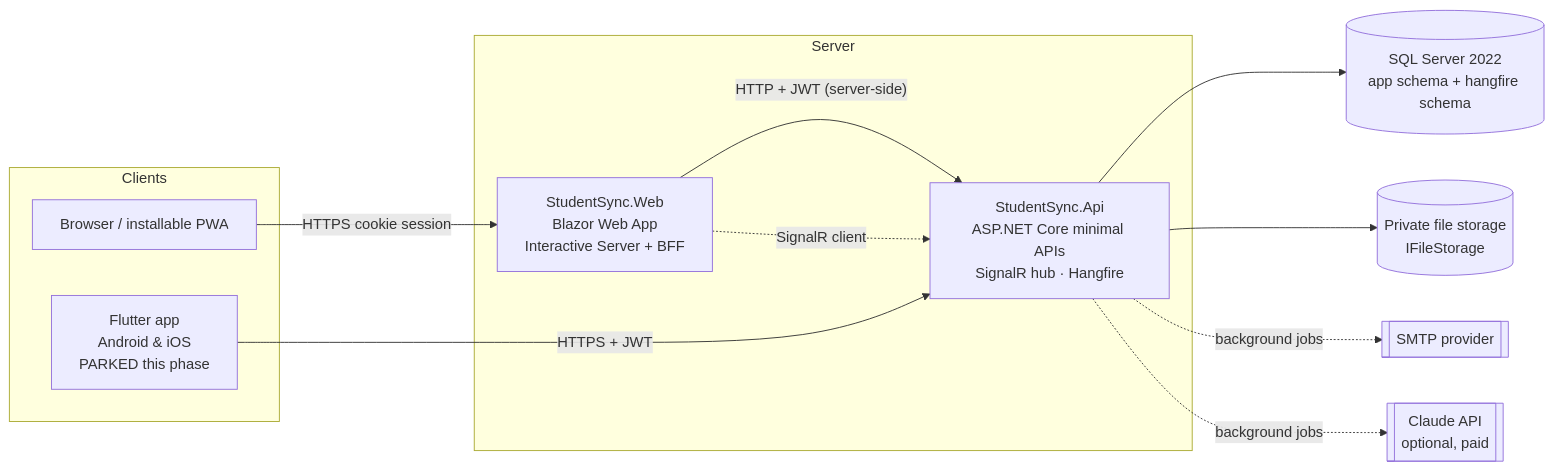
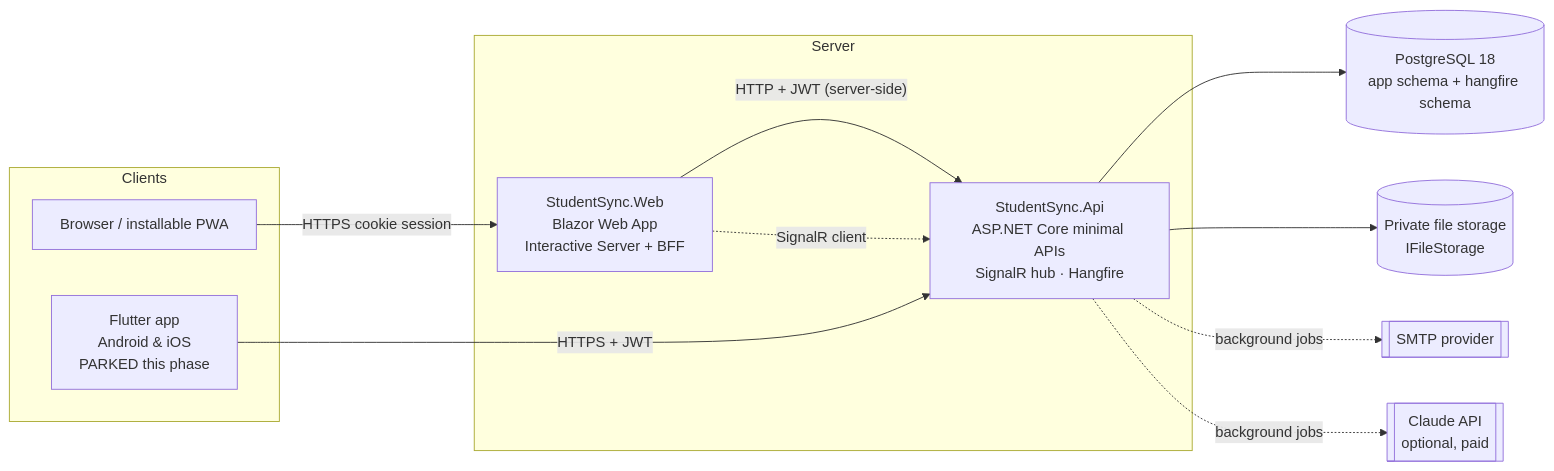
One commit to kp-ijaz/student-sync changed the first of 4 diagrams in ARCHITECTURE.md. Above: the diagram before and after it, drawn with Mermaid. The commit also changed other lines of this file and 63 other files, not shown here.

First line of the commit message:
Move the database from SQL Server to PostgreSQL 18

````diff
--- a/ARCHITECTURE.md
+++ b/ARCHITECTURE.md
@@ -8,24 +8,24 @@
 ```mermaid
 flowchart LR
     subgraph Clients
         B[Browser / installable PWA]
         M[Flutter app<br/>Android & iOS<br/>PARKED this phase]
     end
     subgraph Server
         W[StudentSync.Web<br/>Blazor Web App<br/>Interactive Server + BFF]
         A[StudentSync.Api<br/>ASP.NET Core minimal APIs<br/>SignalR hub · Hangfire]
     end
-    DB[(SQL Server 2022<br/>app schema + hangfire schema)]
+    DB[(PostgreSQL 18<br/>app schema + hangfire schema)]
     FS[(Private file storage<br/>IFileStorage)]
     SMTP[[SMTP provider]]
     LLM[[Claude API<br/>optional, paid]]
 
     B -- HTTPS cookie session --> W
     W -- HTTP + JWT (server-side) --> A
     W -. SignalR client .-> A
     M -- HTTPS + JWT --> A
     A --> DB
     A --> FS
     A -. background jobs .-> SMTP
     A -. background jobs .-> LLM
 ```
````
